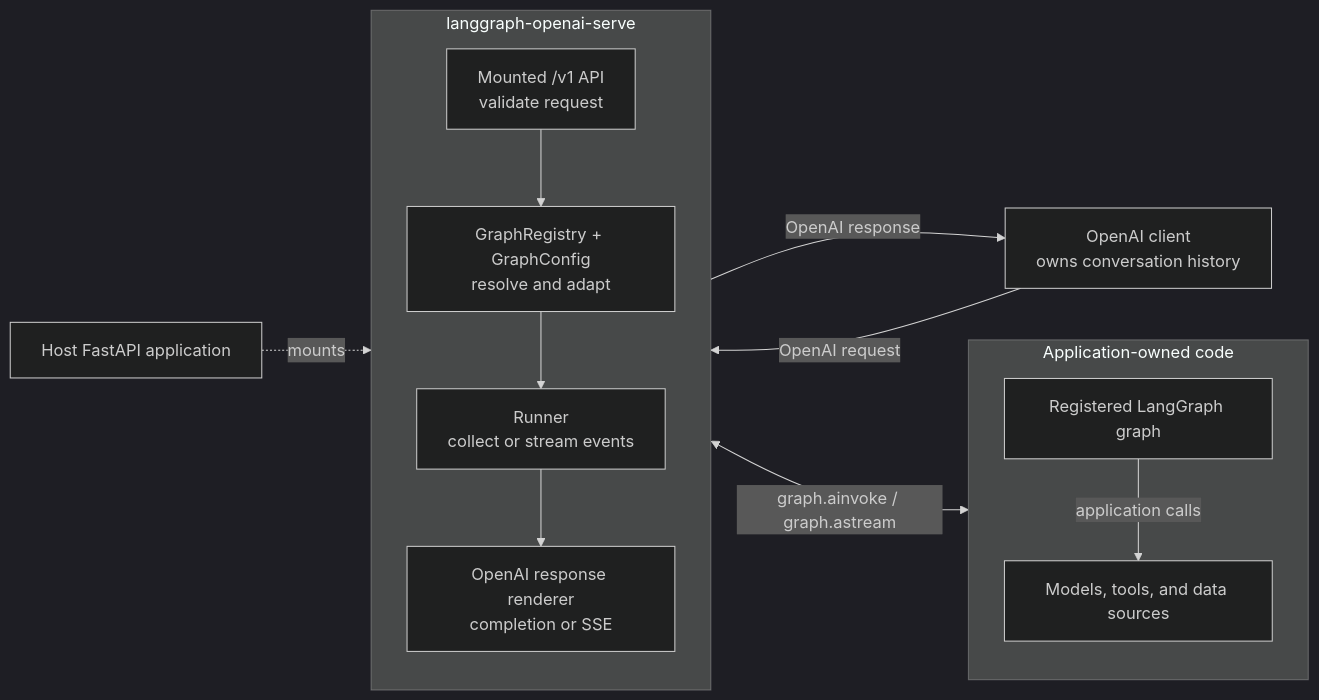
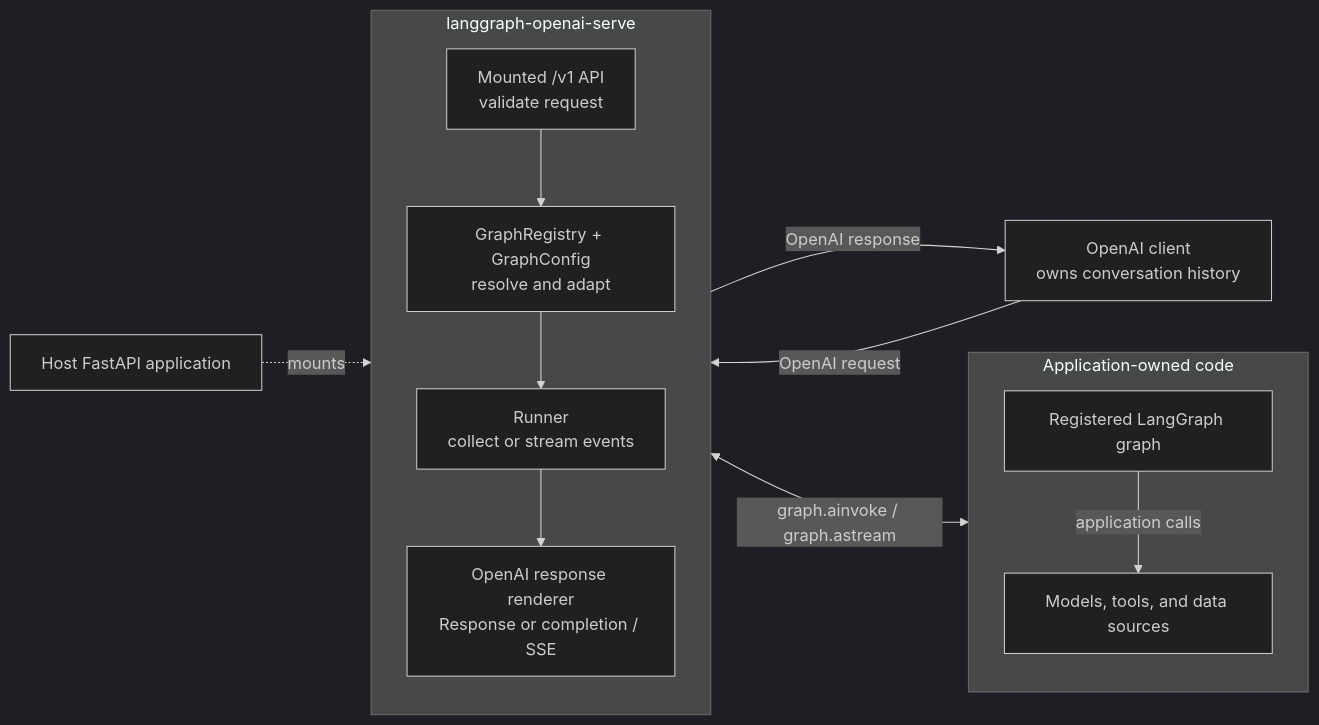
Before and after one commit to ilkersigirci/langgraph-openai-serve: the first of 2 diagrams in docs/explanation/architecture.md, drawn with Mermaid (dark theme). The commit also changed other lines of this file and 191 other files, not shown here.

````diff
--- a/docs/explanation/architecture.md
+++ b/docs/explanation/architecture.md
@@ -9,27 +9,27 @@
 ```mermaid
 flowchart LR
   client["OpenAI client<br/>owns conversation history"]
   host["Host FastAPI application"]
 
   subgraph lgos["langgraph-openai-serve"]
     direction TB
     api["Mounted /v1 API<br/>validate request"]
     config["GraphRegistry + GraphConfig<br/>resolve and adapt"]
     runner["Runner<br/>collect or stream events"]
-    render["OpenAI response renderer<br/>completion or SSE"]
+    render["OpenAI response renderer<br/>Response or completion / SSE"]
 
     api --> config --> runner --> render
   end
 
   subgraph application["Application-owned code"]
     direction TB
     app_graph["Registered LangGraph graph"]
     dependencies["Models, tools, and data sources"]
     app_graph -->|"application calls"| dependencies
   end
 
   client -->|"OpenAI request"| api
   host -.->|"mounts"| api
   runner <-->|"graph.ainvoke / graph.astream"| app_graph
   render -->|"OpenAI response"| client
 ```
````
